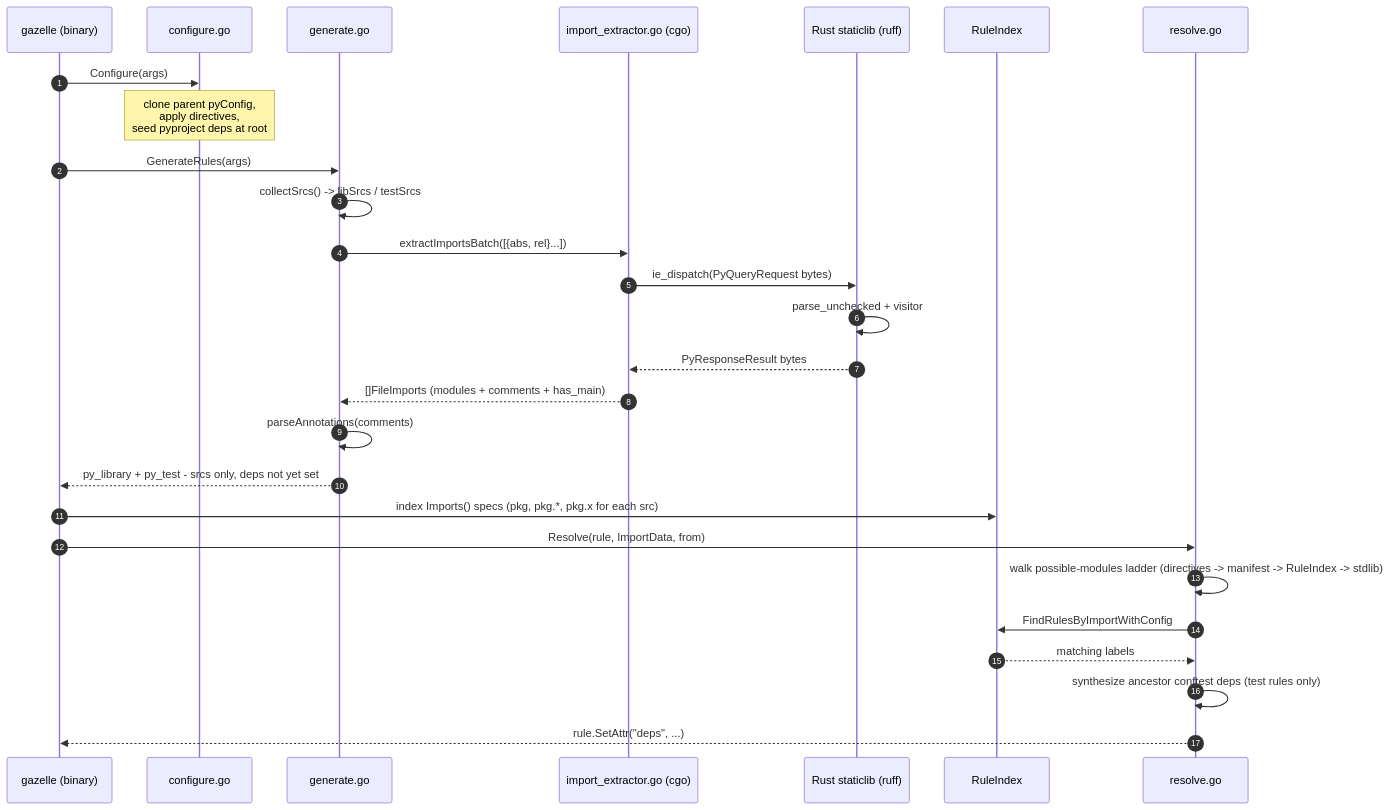
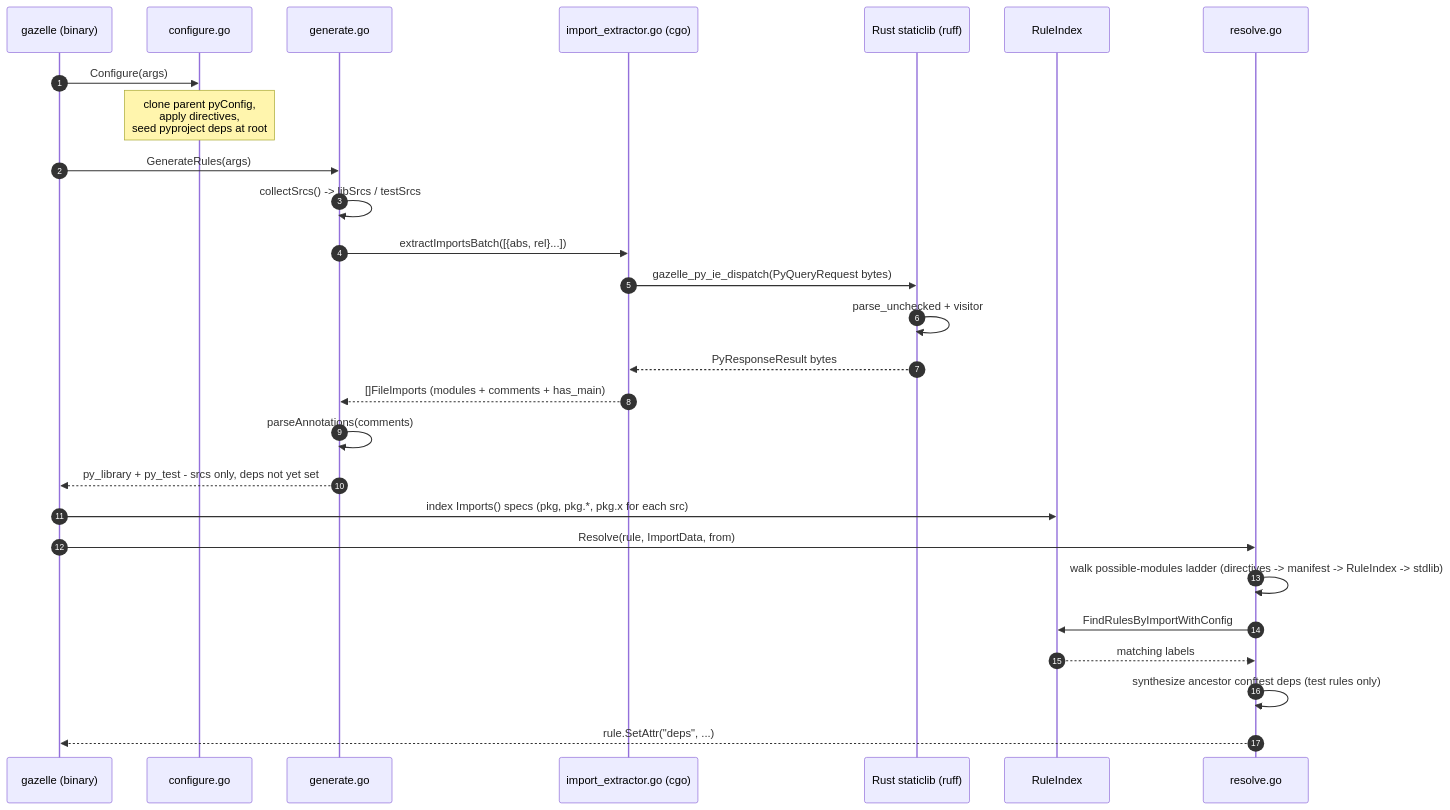
The second of 3 diagrams in README.md (perplexityai/gazelle_py), drawn with Mermaid before and after one commit. The commit also changed other lines of this file and 5 other files, not shown here.

````diff
--- a/README.md
+++ b/README.md
@@ -146,33 +146,33 @@
 ```mermaid
 sequenceDiagram
     autonumber
     participant Gz as gazelle (binary)
     participant Cfg as configure.go
     participant Gen as generate.go
     participant FFI as import_extractor.go (cgo)
     participant Rs as Rust staticlib (ruff)
     participant Idx as RuleIndex
     participant Res as resolve.go
 
     Gz->>Cfg: Configure(args)
     Note over Cfg: clone parent pyConfig,<br/>apply directives,<br/>seed pyproject deps at root
 
     Gz->>Gen: GenerateRules(args)
     Gen->>Gen: collectSrcs() -> libSrcs / testSrcs
     Gen->>FFI: extractImportsBatch([{abs, rel}...])
-    FFI->>Rs: ie_dispatch(PyQueryRequest bytes)
+    FFI->>Rs: gazelle_py_ie_dispatch(PyQueryRequest bytes)
     Rs->>Rs: parse_unchecked + visitor
     Rs-->>FFI: PyResponseResult bytes
     FFI-->>Gen: []FileImports (modules + comments + has_main)
     Gen->>Gen: parseAnnotations(comments)
     Gen-->>Gz: py_library + py_test - srcs only, deps not yet set
 
     Gz->>Idx: index Imports() specs (pkg, pkg.*, pkg.x for each src)
 
     Gz->>Res: Resolve(rule, ImportData, from)
     Res->>Res: walk possible-modules ladder (directives -> manifest -> RuleIndex -> stdlib)
     Res->>Idx: FindRulesByImportWithConfig
     Idx-->>Res: matching labels
     Res->>Res: synthesize ancestor conftest deps (test rules only)
     Res-->>Gz: rule.SetAttr("deps", ...)
 ```
````
